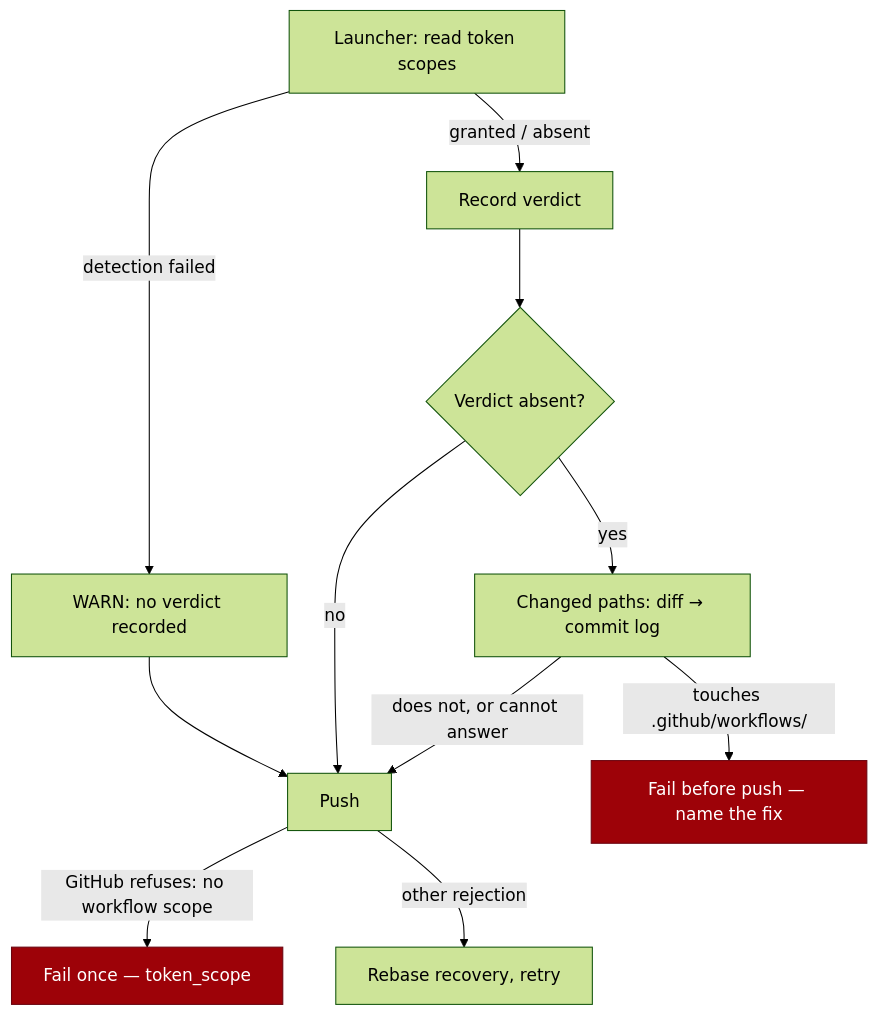
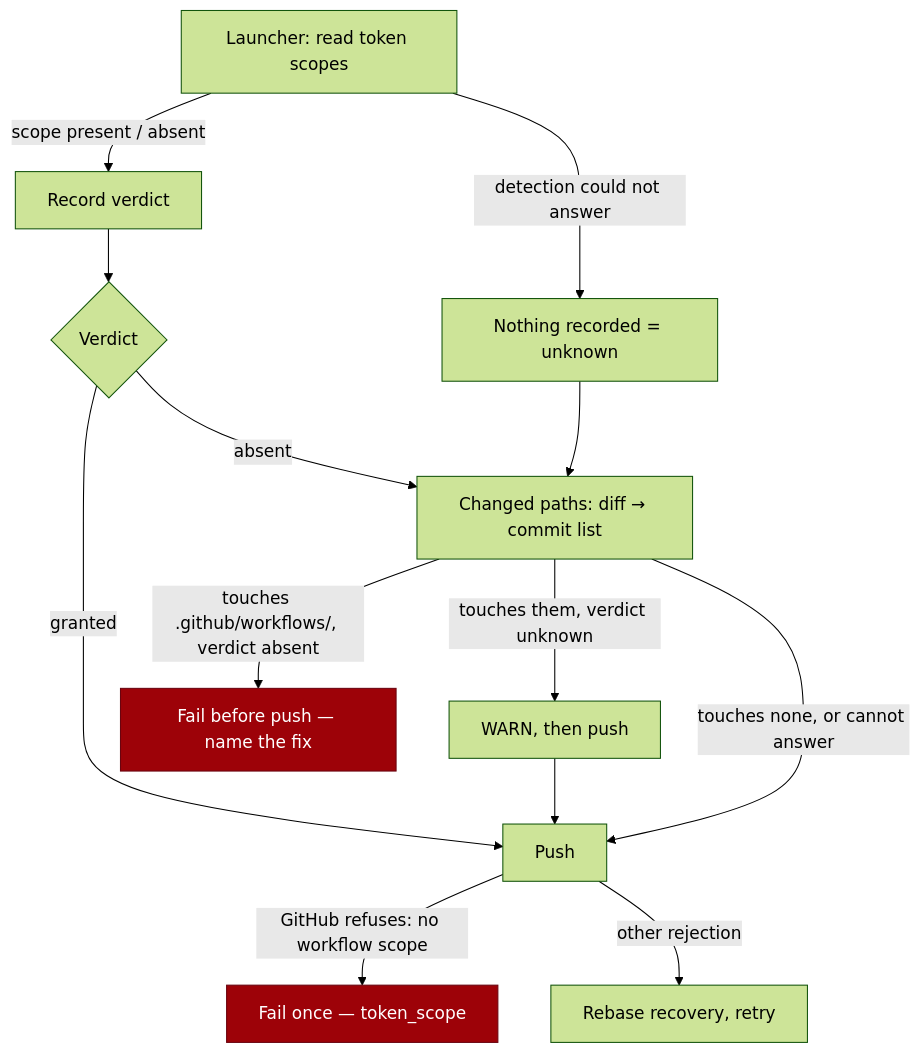
Before and after one commit to stSoftwareAU/VibeCoder: the second of 2 diagrams in docs/SETUP.md, drawn with Mermaid (forest theme). The commit also changed other lines of this file and 9 other files, not shown here.

````diff
--- a/docs/SETUP.md
+++ b/docs/SETUP.md
@@ -1184,15 +1188,16 @@
 ```mermaid
 flowchart TD
-    S["Launcher: read token scopes"] -->|granted / absent| R["Record verdict"]
-    S -->|detection failed| W["WARN: no verdict recorded"]
-    R --> C{"Verdict absent?"}
-    W --> P
-    C -->|no| P["Push"]
-    C -->|yes| D["Changed paths: diff → commit log"]
-    D -->|touches .github/workflows/| F["Fail before push — name the fix"]
-    D -->|does not, or cannot answer| P
+    S["Launcher: read token scopes"] -->|scope present / absent| R["Record verdict"]
+    S -->|detection could not answer| U["Nothing recorded = unknown"]
+    R --> C{"Verdict"}
+    U --> D
+    C -->|granted| P["Push"]
+    C -->|absent| D["Changed paths: diff → commit list"]
+    D -->|touches .github/workflows/, verdict absent| F["Fail before push — name the fix"]
+    D -->|touches them, verdict unknown| WARN["WARN, then push"] --> P
+    D -->|touches none, or cannot answer| P
     P -->|GitHub refuses: no workflow scope| F2["Fail once — token_scope"]
     P -->|other rejection| RC["Rebase recovery, retry"]
     style F fill:#9d0208,stroke:#6a040f,color:#fff
     style F2 fill:#9d0208,stroke:#6a040f,color:#fff
 ```
````
